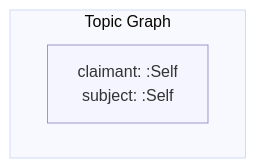
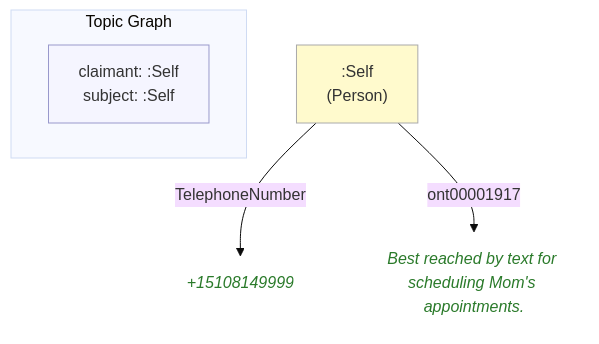
The diagram in example/topics/images/self.self(Med.-App.-Info)(medical-appointment-info)(30).mmd (MeeFoundation/mia-ontologies), drawn with Mermaid (base theme) before and after one commit. The commit also changed 50 other files, not shown here.

```diff
--- a/example/topics/images/self.self(Med.-App.-Info)(medical-appointment-info)(30).mmd
+++ b/example/topics/images/self.self(Med.-App.-Info)(medical-appointment-info)(30).mmd
@@ -1,11 +1,18 @@
 flowchart TD
     classDef person fill:#fffacd,stroke:#aaa,color:#333
     classDef grp    fill:#d4edda,stroke:#aaa,color:#333
     classDef org    fill:#cce5ff,stroke:#aaa,color:#333
     classDef lit    fill:none,stroke:none,font-style:italic,color:#2a7a2a
     classDef meta   fill:#f5f5ff,stroke:#9999cc,color:#333
 
     subgraph ctx["Topic Graph"]
         direction LR
         ctx_meta["claimant: :Self\nsubject: :Self"]:::meta
     end
+
+    ne0c3ba92f1db[":Self\n(Person)"]:::person
+    n646bab2a6b25("+15108149999"):::lit
+    n562fe752e71e("Best reached by text for scheduling Mom's appointments."):::lit
+
+    ne0c3ba92f1db -->|"TelephoneNumber"| n646bab2a6b25
+    ne0c3ba92f1db -->|"ont00001917"| n562fe752e71e
```
